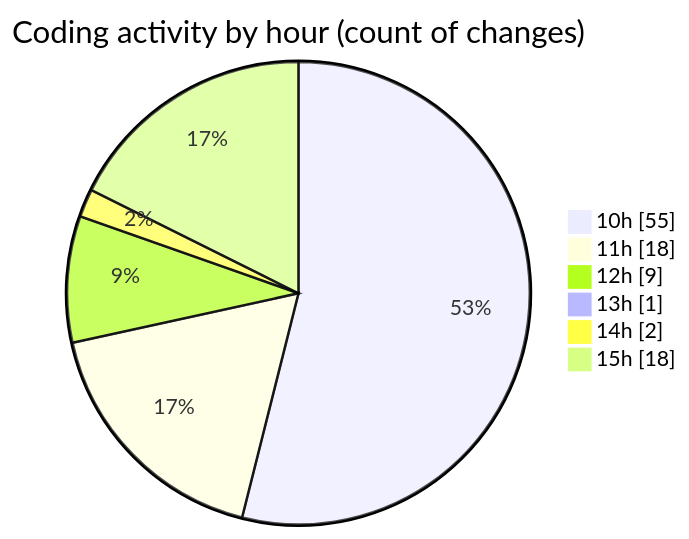
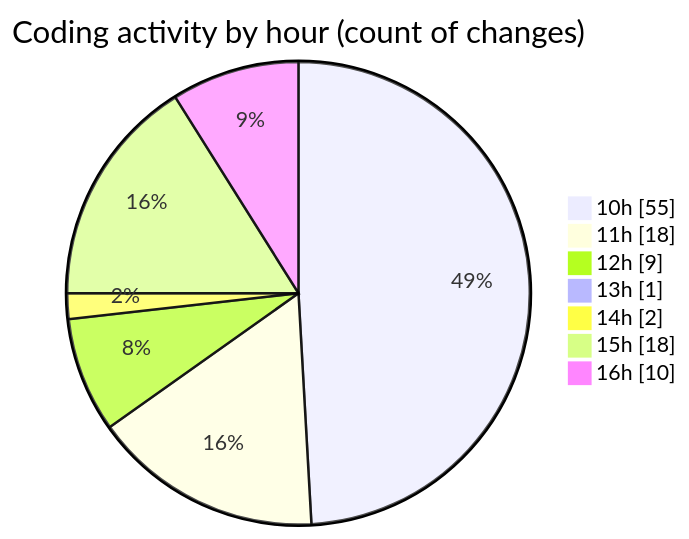
Before and after one commit to nxtqubesakshisongat/code-tracking: the second of 2 diagrams in 2026-03-06/nxtqube_webapp/README.md, drawn with Mermaid. The commit also changed other lines of this file and 1 other file, not shown here.

````diff
--- a/2026-03-06/nxtqube_webapp/README.md
+++ b/2026-03-06/nxtqube_webapp/README.md
@@ -38,10 +38,11 @@
 ```mermaid
 pie showData
 title Coding activity by hour (count of changes)
 "10h" : 55
 "11h" : 18
 "12h" : 9
 "13h" : 1
 "14h" : 2
 "15h" : 18
+"16h" : 10
 ```
````
